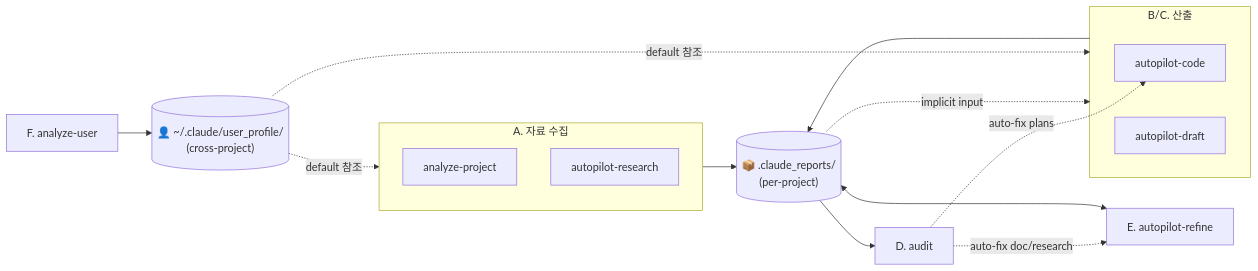
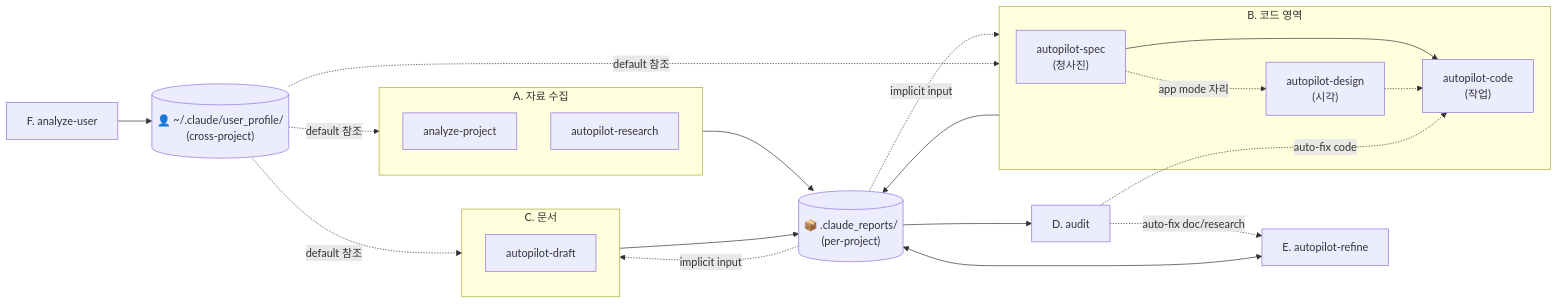
Before and after one commit to dmlguq456/agent_setting: the second of 2 diagrams in README.md, drawn with Mermaid. The commit also changed other lines of this file and 14 other files, not shown here.

First line of the commit message:
fix(rename): autopilot-app → autopilot-spec 전체 repo 일관성

````diff
--- a/README.md
+++ b/README.md
@@ -48,26 +55,36 @@
 ```mermaid
 flowchart LR
     subgraph IN["A. 자료 수집"]
         ANA2["analyze-project"]
         RES2["autopilot-research"]
     end
-    subgraph PROD["B/C. 산출"]
-        CODE2["autopilot-code"]
+    subgraph PROD["B. 코드 영역"]
+        SPEC2["autopilot-spec<br/>(청사진)"]
+        CODE2["autopilot-code<br/>(작업)"]
+        DES2["autopilot-design<br/>(시각)"]
+    end
+    subgraph DOCS["C. 문서"]
         DOC2["autopilot-draft"]
     end
     AUD2["D. audit"]
     REF2["E. autopilot-refine"]
     OUT[("📦 .claude_reports/<br/>(per-project)")]
     AU2["F. analyze-user"]
     UP[("👤 ~/.claude/user_profile/<br/>(cross-project)")]
     IN --> OUT
     OUT -.->|implicit input| PROD
+    OUT -.->|implicit input| DOCS
     PROD --> OUT
+    DOCS --> OUT
+    SPEC2 --> CODE2
+    SPEC2 -.->|app mode 자리| DES2
+    DES2 -.-> CODE2
     OUT --> AUD2
-    AUD2 -.->|auto-fix plans| CODE2
+    AUD2 -.->|auto-fix code| CODE2
     AUD2 -.->|auto-fix doc/research| REF2
     OUT <--> REF2
     AU2 --> UP
     UP -.->|default 참조| PROD
+    UP -.->|default 참조| DOCS
     UP -.->|default 참조| IN
 ```
````
